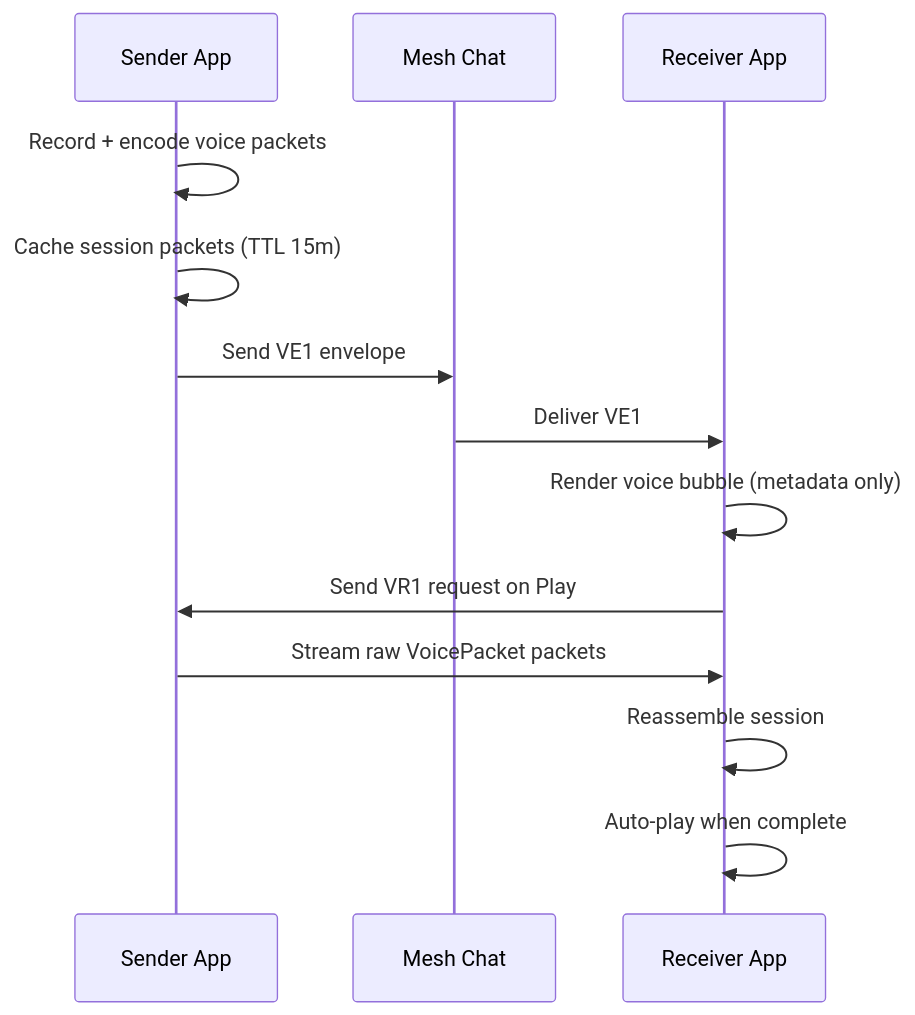
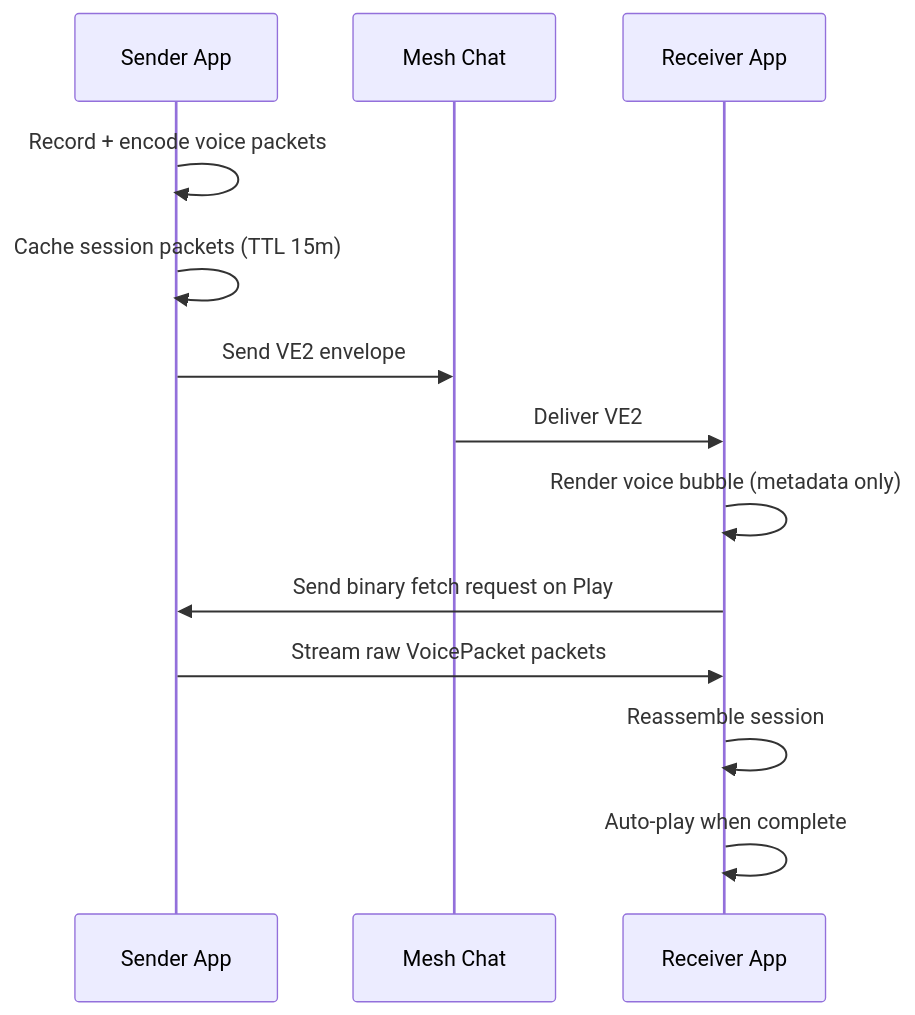
Before and after one commit to MGJ520/meshcore-sar: the diagram in docs/voice-mode-technical.md, drawn with Mermaid. The commit also changed other lines of this file and 13 other files, not shown here.

````diff
--- a/docs/voice-mode-technical.md
+++ b/docs/voice-mode-technical.md
@@ -230,16 +216,16 @@
 ```mermaid
 sequenceDiagram
   participant A as Sender App
   participant M as Mesh Chat
   participant B as Receiver App
 
   A->>A: Record + encode voice packets
   A->>A: Cache session packets (TTL 15m)
-  A->>M: Send VE1 envelope
-  M->>B: Deliver VE1
+  A->>M: Send VE2 envelope
+  M->>B: Deliver VE2
   B->>B: Render voice bubble (metadata only)
-  B->>A: Send VR1 request on Play
+  B->>A: Send binary fetch request on Play
   A->>B: Stream raw VoicePacket packets
   B->>B: Reassemble session
   B->>B: Auto-play when complete
 ```
````
